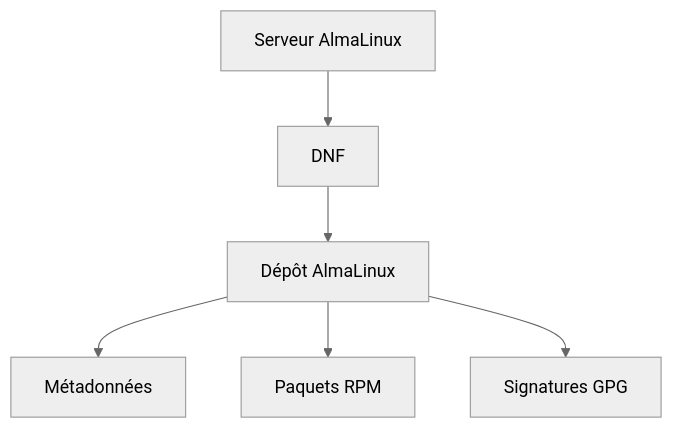
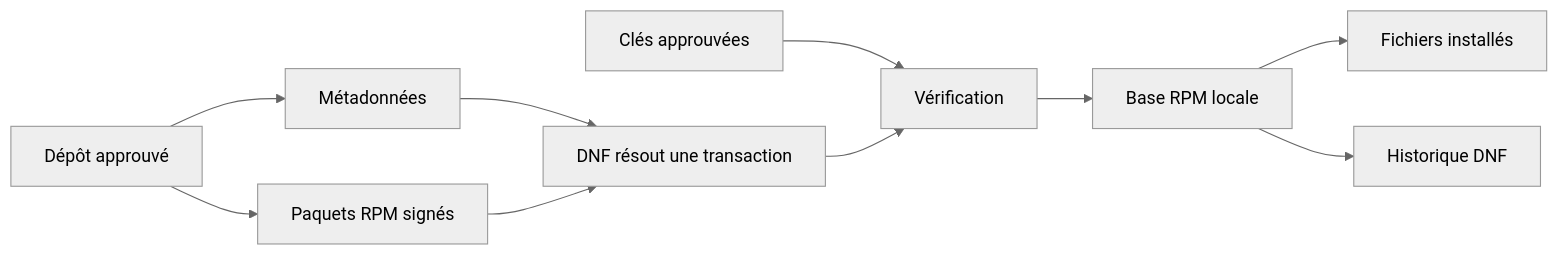
The first of 2 diagrams in campagne 1/1.5-mise-a-jour-gestion-depots.md (tdelaclos/formations), drawn with Mermaid (neutral theme) before and after one commit. The commit also changed other lines of this file and 10 other files, not shown here.

````diff
--- a/campagne 1/1.5-mise-a-jour-gestion-depots.md
+++ b/campagne 1/1.5-mise-a-jour-gestion-depots.md
@@ -312,15 +44,12 @@
 ```mermaid
-flowchart TD
-
-A["Serveur AlmaLinux"]
-
-A --> B["DNF"]
-
-B --> C["Dépôt AlmaLinux"]
-
-C --> D["Métadonnées"]
-
-C --> E["Paquets RPM"]
-
-C --> F["Signatures GPG"]
+flowchart LR
+    Repo["Dépôt approuvé"] --> Meta["Métadonnées"]
+    Meta --> DNF["DNF résout une transaction"]
+    Repo --> RPM["Paquets RPM signés"]
+    RPM --> DNF
+    Keys["Clés approuvées"] --> Verify["Vérification"]
+    DNF --> Verify
+    Verify --> DB["Base RPM locale"]
+    DB --> Files["Fichiers installés"]
+    DB --> History["Historique DNF"]
 ```
````
